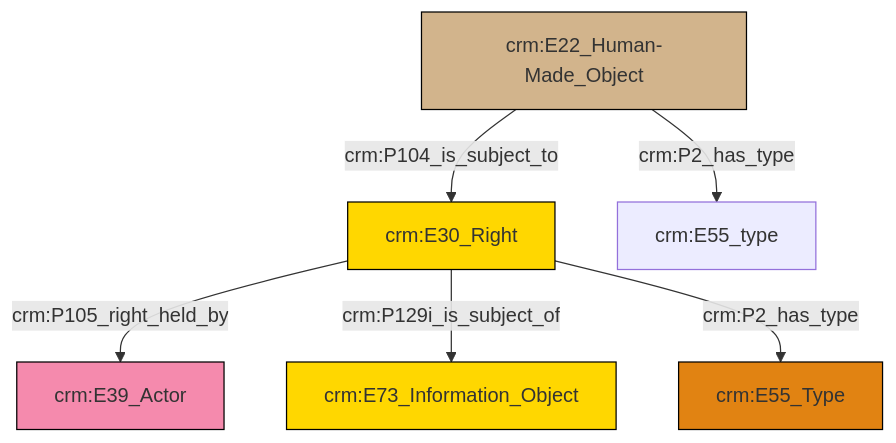
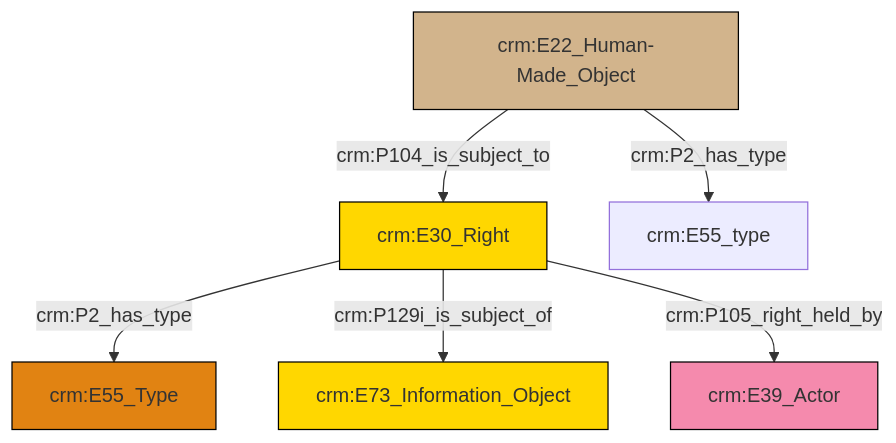
The diagram in et/builtWorkCSV/ttl/mmd/Built_Work_rights.ttl.mmd (swiss-art-research-net/reference-data-models), drawn with Mermaid before and after one commit. The commit also changed 128 other files, not shown here.

```diff
--- a/et/builtWorkCSV/ttl/mmd/Built_Work_rights.ttl.mmd
+++ b/et/builtWorkCSV/ttl/mmd/Built_Work_rights.ttl.mmd
@@ -1,20 +1,20 @@
 graph TD
 classDef Literal fill:#f2f2f2,stroke:#000000;
 classDef CRM_Entity fill:#FFFFFF,stroke:#000000;
 classDef Temporal_Entity fill:#00C9E6, stroke:#000000;
 classDef Type fill:#E18312, stroke:#000000;
 classDef Time-Span fill:#2C9C91, stroke:#000000;
 classDef Appellation fill:#FFEB7F, stroke:#000000;
 classDef Place fill:#008836, stroke:#000000;
 classDef Persistent_Item fill:#B266B2, stroke:#000000;
 classDef Conceptual_Object fill:#FFD700, stroke:#000000;
 classDef Physical_Thing fill:#D2B48C, stroke:#000000;
 classDef Actor fill:#f58aad, stroke:#000000;
 classDef PC_Classes fill:#4ce600, stroke:#000000;
 classDef Multi fill:#cccccc,stroke:#000000;
 
-2["crm:E30_Right"]:::Conceptual_Object -->|crm:P105_right_held_by| 3["crm:E39_Actor"]:::Actor
-6["crm:E22_Human-Made_Object"]:::Physical_Thing -->|crm:P104_is_subject_to| 2["crm:E30_Right"]:::Conceptual_Object
-2["crm:E30_Right"]:::Conceptual_Object -->|crm:P129i_is_subject_of| 4["crm:E73_Information_Object"]:::Conceptual_Object
-2["crm:E30_Right"]:::Conceptual_Object -->|crm:P2_has_type| 0["crm:E55_Type"]:::Type
-6["crm:E22_Human-Made_Object"]:::Physical_Thing -->|crm:P2_has_type| 9["crm:E55_type"]:::Default
+0["crm:E30_Right"]:::Conceptual_Object -->|crm:P2_has_type| 1["crm:E55_Type"]:::Type
+0["crm:E30_Right"]:::Conceptual_Object -->|crm:P129i_is_subject_of| 6["crm:E73_Information_Object"]:::Conceptual_Object
+0["crm:E30_Right"]:::Conceptual_Object -->|crm:P105_right_held_by| 3["crm:E39_Actor"]:::Actor
+10["crm:E22_Human-Made_Object"]:::Physical_Thing -->|crm:P2_has_type| 8["crm:E55_type"]:::Default
+10["crm:E22_Human-Made_Object"]:::Physical_Thing -->|crm:P104_is_subject_to| 0["crm:E30_Right"]:::Conceptual_Object
```
